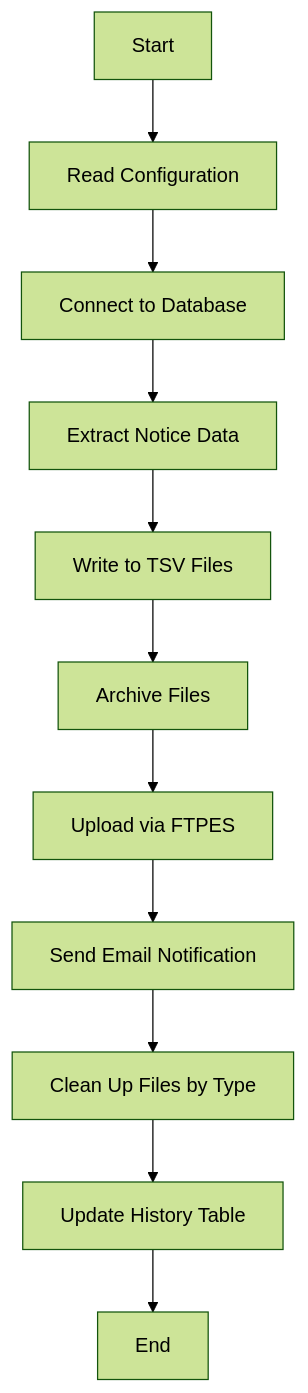
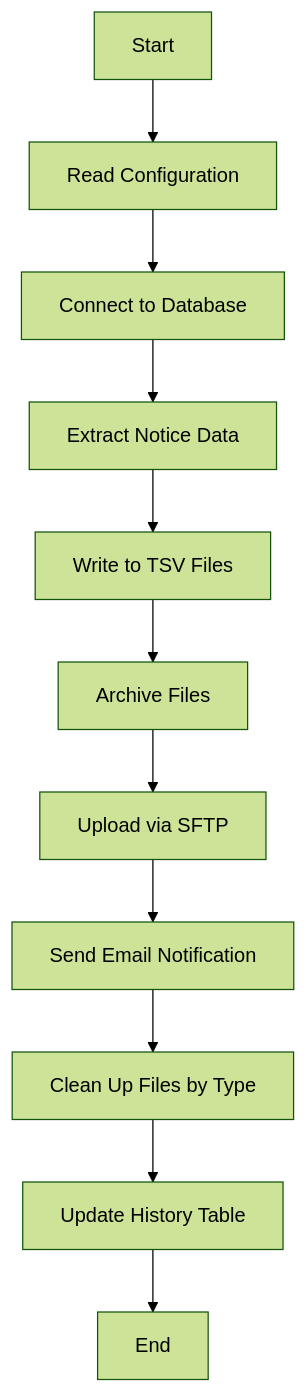
One commit to Bibliomation-Inc/shoutbomb-extract changed the diagram in README.md. Above: the diagram before and after it, drawn with Mermaid (forest theme). The commit also changed other lines of this file and 11 other files, not shown here.

````diff
--- a/README.md
+++ b/README.md
@@ -205,13 +204,13 @@
 ```mermaid
 flowchart TD
     A[Start] --> B[Read Configuration]
     B --> C[Connect to Database]
     C --> D[Extract Notice Data]
     D --> E[Write to TSV Files]
     E --> F[Archive Files]
-    F --> G[Upload via FTPES]
+    F --> G[Upload via SFTP]
     G --> H[Send Email Notification]
     H --> I[Clean Up Files by Type]
     I --> J[Update History Table]
     J --> K[End]
 ```
````
